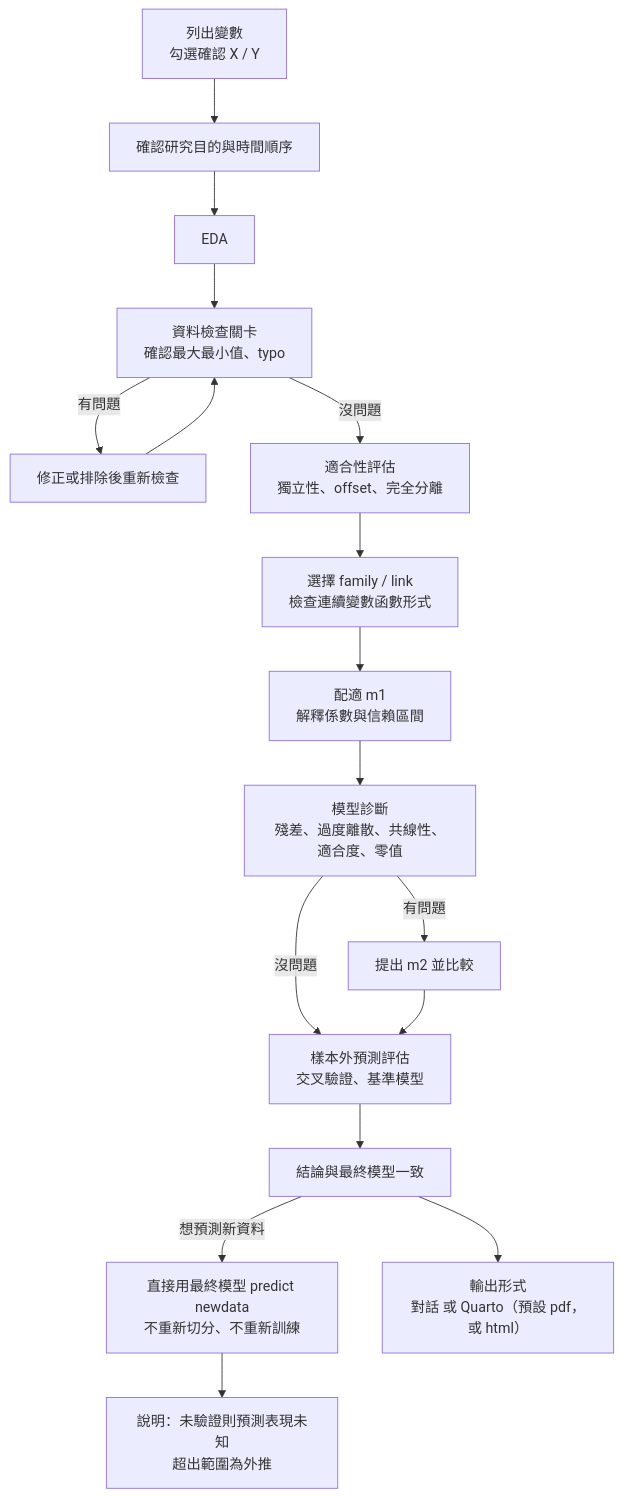
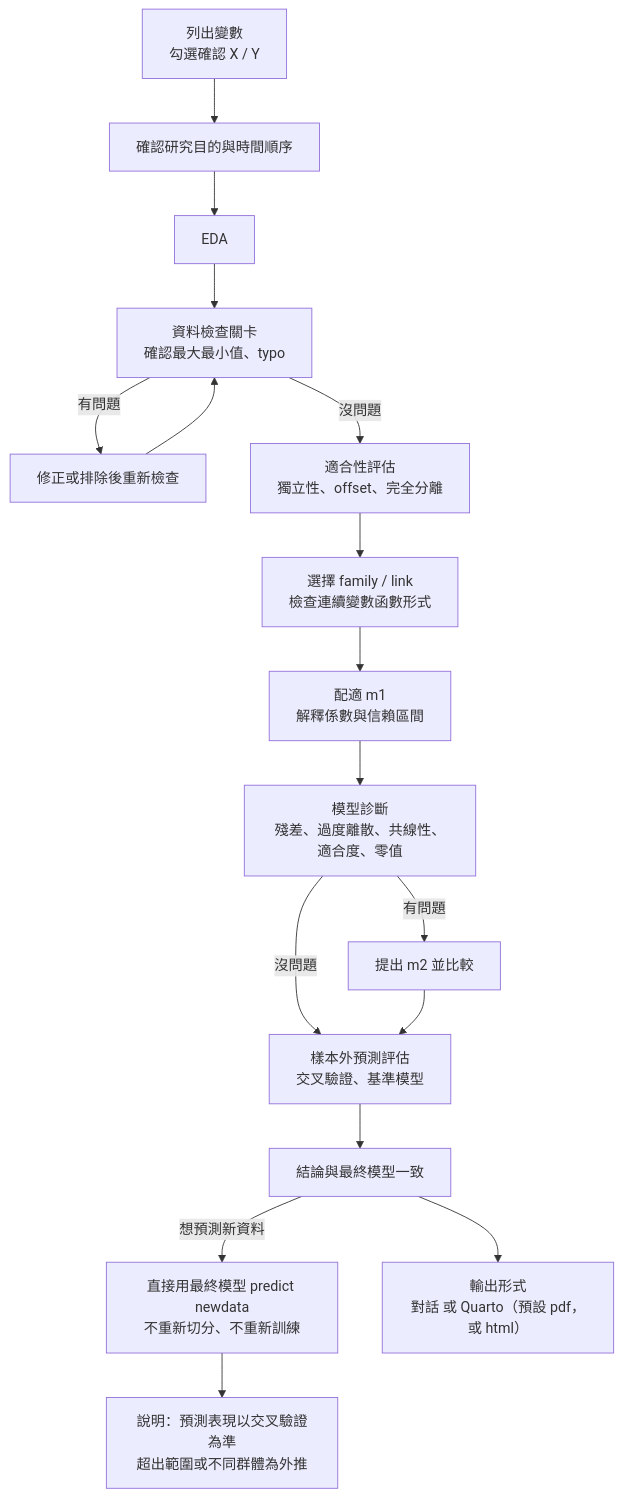
One commit to tzuhui39/SC3-GLM_Analysis changed the diagram in README.md. Above: the diagram before and after it, drawn with Mermaid. The commit also changed other lines of this file and 2 other files, not shown here.

Commit message:
Fix predict-new-data wording to match CV in flow
Claude-Session: https://claude.ai/code/session_015dt6er1r7BZPH45wKRmkvi

````diff
--- a/README.md
+++ b/README.md
@@ -22,19 +22,19 @@
 ```mermaid
 flowchart TD
     A[列出變數<br>勾選確認 X / Y] --> B[確認研究目的與時間順序]
     B --> C[EDA]
     C --> D[資料檢查關卡<br>確認最大最小值、typo]
     D -->|有問題| D1[修正或排除後重新檢查]
     D1 --> D
     D -->|沒問題| E[適合性評估<br>獨立性、offset、完全分離]
     E --> F[選擇 family / link<br>檢查連續變數函數形式]
     F --> G[配適 m1<br>解釋係數與信賴區間]
     G --> H[模型診斷<br>殘差、過度離散、共線性、適合度、零值]
     H -->|有問題| I[提出 m2 並比較]
     H -->|沒問題| J
     I --> J[樣本外預測評估<br>交叉驗證、基準模型]
     J --> K[結論與最終模型一致]
     K -->|想預測新資料| L[直接用最終模型 predict newdata<br>不重新切分、不重新訓練]
-    L --> M[說明：未驗證則預測表現未知<br>超出範圍為外推]
+    L --> M[說明：預測表現以交叉驗證為準<br>超出範圍或不同群體為外推]
     K --> N[輸出形式<br>對話 或 Quarto（預設 pdf，或 html）]
 ```
````
